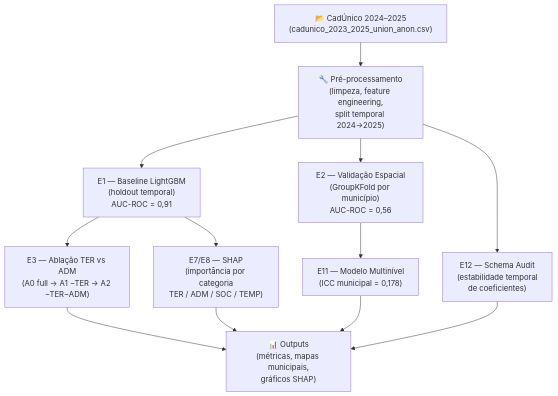
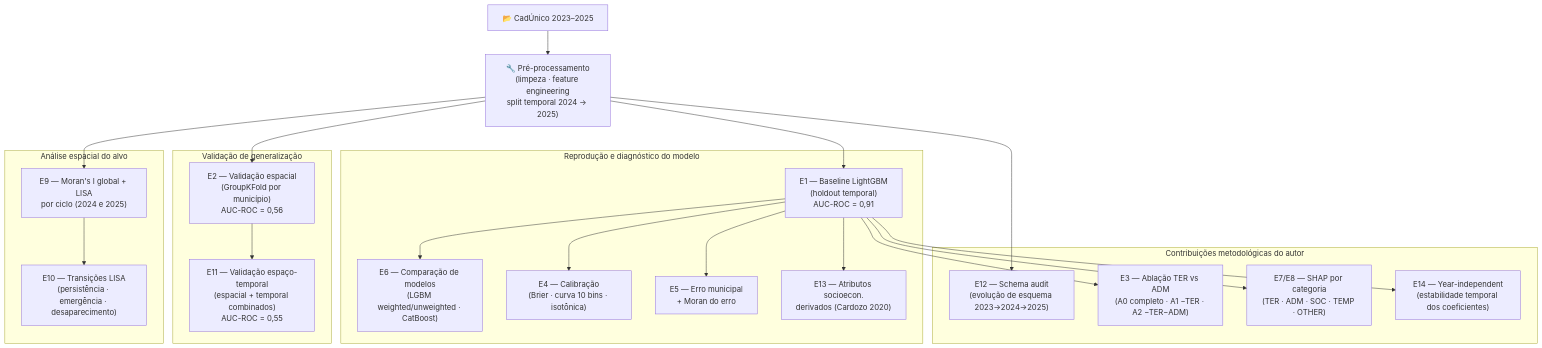
The diagram in README.md (VitorMagno/ppiadaearg), drawn with Mermaid before and after one commit.

````diff
--- a/README.md
+++ b/README.md
@@ -23,24 +23,35 @@
 ```mermaid
 flowchart TD
-    A["📂 CadÚnico 2024–2025\n(cadunico_2023_2025_union_anon.csv)"]
-    B["🔧 Pré-processamento\n(limpeza, feature engineering,\nsplit temporal 2024→2025)"]
-    E1["E1 — Baseline LightGBM\n(holdout temporal)\nAUC-ROC = 0,91"]
-    E2["E2 — Validação Espacial\n(GroupKFold por município)\nAUC-ROC = 0,56"]
-    E3["E3 — Ablação TER vs ADM\n(A0 full → A1 −TER → A2 −TER−ADM)"]
-    E7["E7/E8 — SHAP\n(importância por categoria\nTER / ADM / SOC / TEMP)"]
-    E11["E11 — Modelo Multinível\n(ICC municipal = 0,178)"]
-    E12["E12 — Schema Audit\n(estabilidade temporal\nde coeficientes)"]
-    OUT["📊 Outputs\n(métricas, mapas municipais,\ngráficos SHAP)"]
+    A["📂 CadÚnico 2023–2025"] --> B["🔧 Pré-processamento\n(limpeza · feature engineering\nsplit temporal 2024 → 2025)"]
 
-    A --> B
-    B --> E1
-    B --> E2
-    B --> E12
-    E1 --> E3
-    E1 --> E7
+    B --> E1 & E2 & E9 & E12
+
+    subgraph REPROD["Reprodução e diagnóstico do modelo"]
+        E1["E1 — Baseline LightGBM\n(holdout temporal)\nAUC-ROC = 0,91"]
+        E6["E6 — Comparação de modelos\n(LGBM weighted/unweighted · CatBoost)"]
+        E4["E4 — Calibração\n(Brier · curva 10 bins · isotônica)"]
+        E5["E5 — Erro municipal\n+ Moran do erro"]
+        E13["E13 — Atributos socioecon.\nderivados (Cardozo 2020)"]
+    end
+
+    subgraph VAL["Validação de generalização"]
+        E2["E2 — Validação espacial\n(GroupKFold por município)\nAUC-ROC = 0,56"]
+        E11["E11 — Validação espaço-temporal\n(espacial + temporal combinados)\nAUC-ROC = 0,55"]
+    end
+
+    subgraph ESP["Análise espacial do alvo"]
+        E9["E9 — Moran's I global + LISA\npor ciclo (2024 e 2025)"]
+        E10["E10 — Transições LISA\n(persistência · emergência · desaparecimento)"]
+    end
+
+    subgraph CONTRIB["Contribuições metodológicas do autor"]
+        E3["E3 — Ablação TER vs ADM\n(A0 completo · A1 −TER · A2 −TER−ADM)"]
+        E7["E7/E8 — SHAP por categoria\n(TER · ADM · SOC · TEMP · OTHER)"]
+        E14["E14 — Year-independent\n(estabilidade temporal dos coeficientes)"]
+        E12["E12 — Schema audit\n(evolução de esquema 2023→2024→2025)"]
+    end
+
+    E1 --> E3 & E4 & E5 & E6 & E7 & E13 & E14
     E2 --> E11
-    E3 --> OUT
-    E7 --> OUT
-    E11 --> OUT
-    E12 --> OUT
+    E9 --> E10
 ```
````
